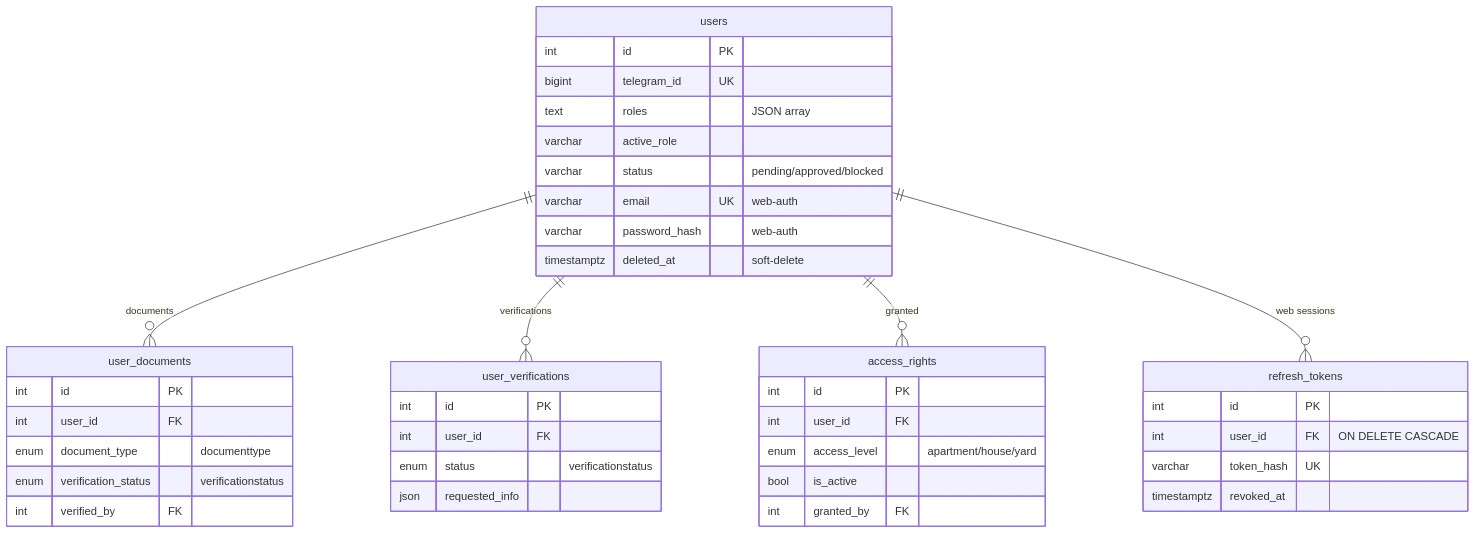
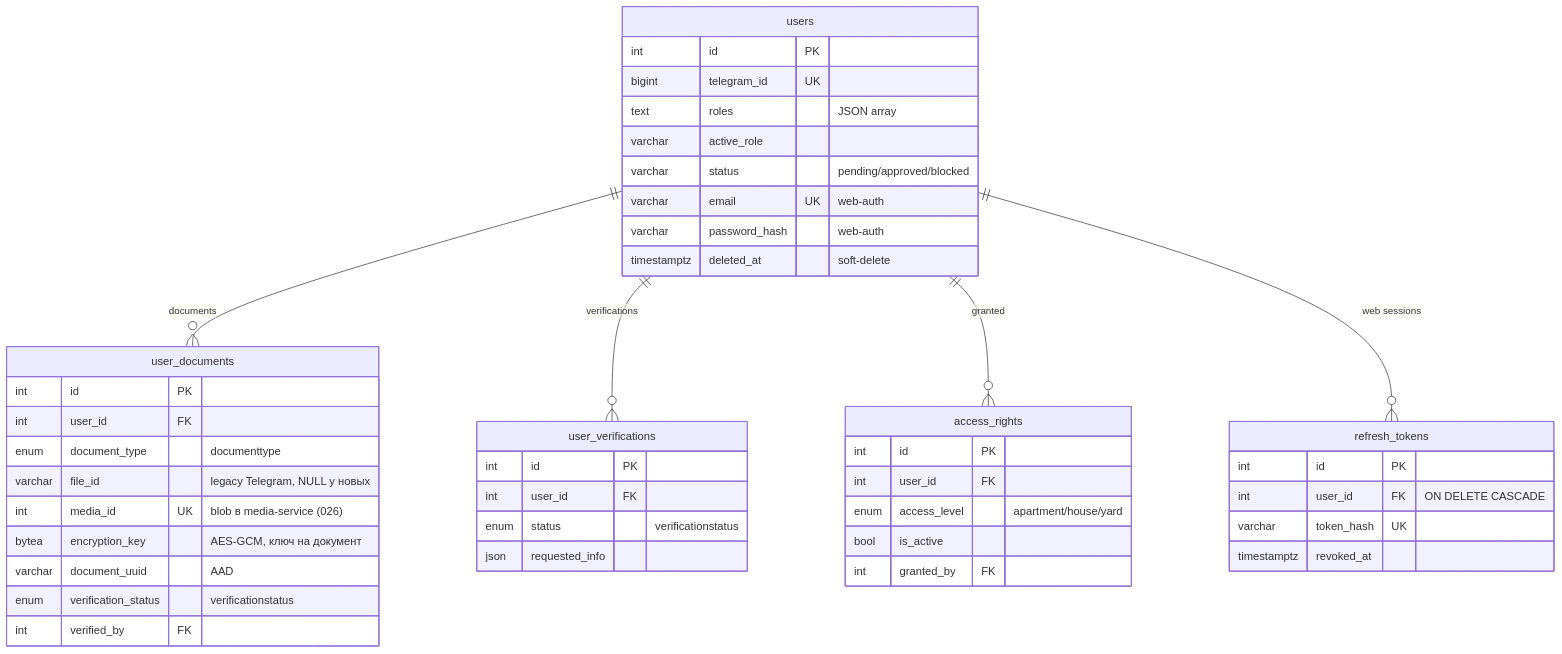
Before and after one commit to a-afanasyev/Infrasafe_bot: the first of 7 diagrams in docs/tech/DATA_MODEL.md, drawn with Mermaid. The commit also changed other lines of this file and 4 other files, not shown here.

````diff
--- a/docs/tech/DATA_MODEL.md
+++ b/docs/tech/DATA_MODEL.md
@@ -45,44 +45,48 @@
 ```mermaid
 erDiagram
     users ||--o{ user_documents : "documents"
     users ||--o{ user_verifications : "verifications"
     users ||--o{ access_rights : "granted"
     users ||--o{ refresh_tokens : "web sessions"
 
     users {
         int id PK
         bigint telegram_id UK
         text roles "JSON array"
         varchar active_role
         varchar status "pending/approved/blocked"
         varchar email UK "web-auth"
         varchar password_hash "web-auth"
         timestamptz deleted_at "soft-delete"
     }
     user_documents {
         int id PK
         int user_id FK
         enum document_type "documenttype"
+        varchar file_id "legacy Telegram, NULL у новых"
+        int media_id UK "blob в media-service (026)"
+        bytea encryption_key "AES-GCM, ключ на документ"
+        varchar document_uuid "AAD"
         enum verification_status "verificationstatus"
         int verified_by FK
     }
     user_verifications {
         int id PK
         int user_id FK
         enum status "verificationstatus"
         json requested_info
     }
     access_rights {
         int id PK
         int user_id FK
         enum access_level "apartment/house/yard"
         bool is_active
         int granted_by FK
     }
     refresh_tokens {
         int id PK
         int user_id FK "ON DELETE CASCADE"
         varchar token_hash UK
         timestamptz revoked_at
     }
 ```
````
